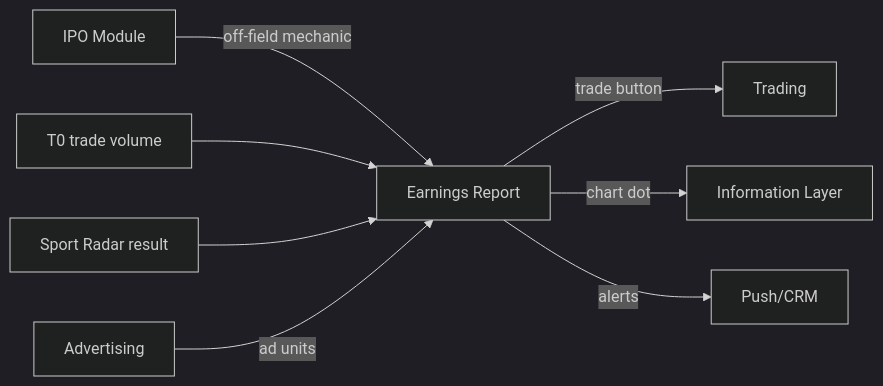
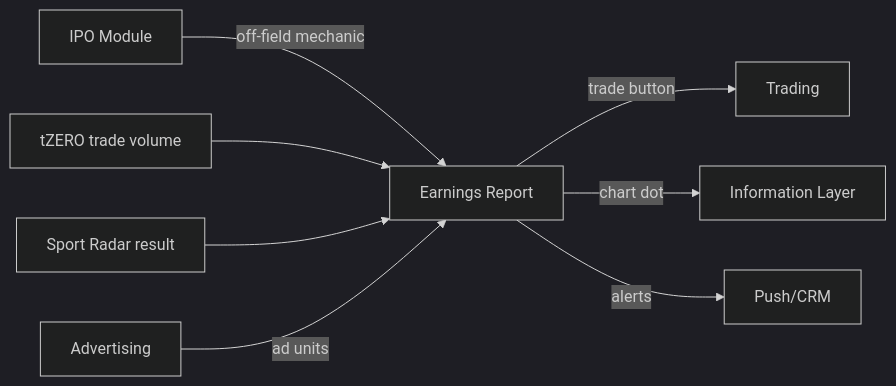
The third of 3 diagrams in vault/components/earnings-report/earnings-report.md (Novosapien/inplay-vault), drawn with Mermaid (dark theme) before and after one commit. The commit also changed other lines of this file and 94 other files, not shown here.

````diff
--- a/vault/components/earnings-report/earnings-report.md
+++ b/vault/components/earnings-report/earnings-report.md
@@ -199,10 +199,10 @@
 ```mermaid
 graph LR
     IPO[IPO Module] -->|off-field mechanic| ER[Earnings Report]
-    T0[T0 trade volume] --> ER
+    tZERO[tZERO trade volume] --> ER
     SR[Sport Radar result] --> ER
     ER -->|trade button| TR[Trading]
     ER -->|chart dot| INFO[Information Layer]
     ER -->|alerts| PUSH[Push/CRM]
     ADV[Advertising] -->|ad units| ER
 ```
````
